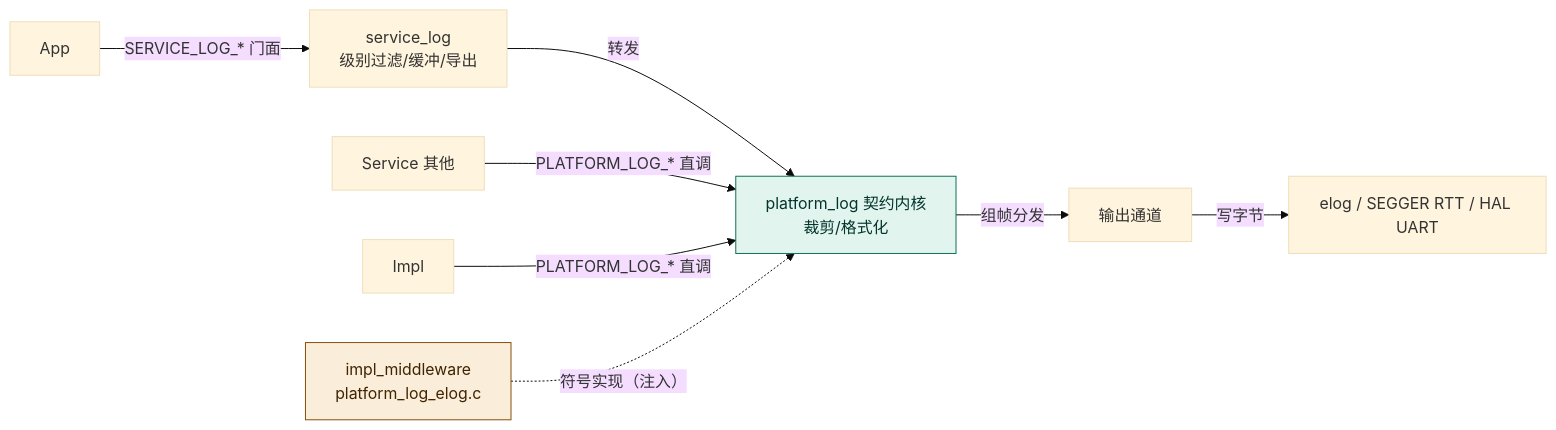
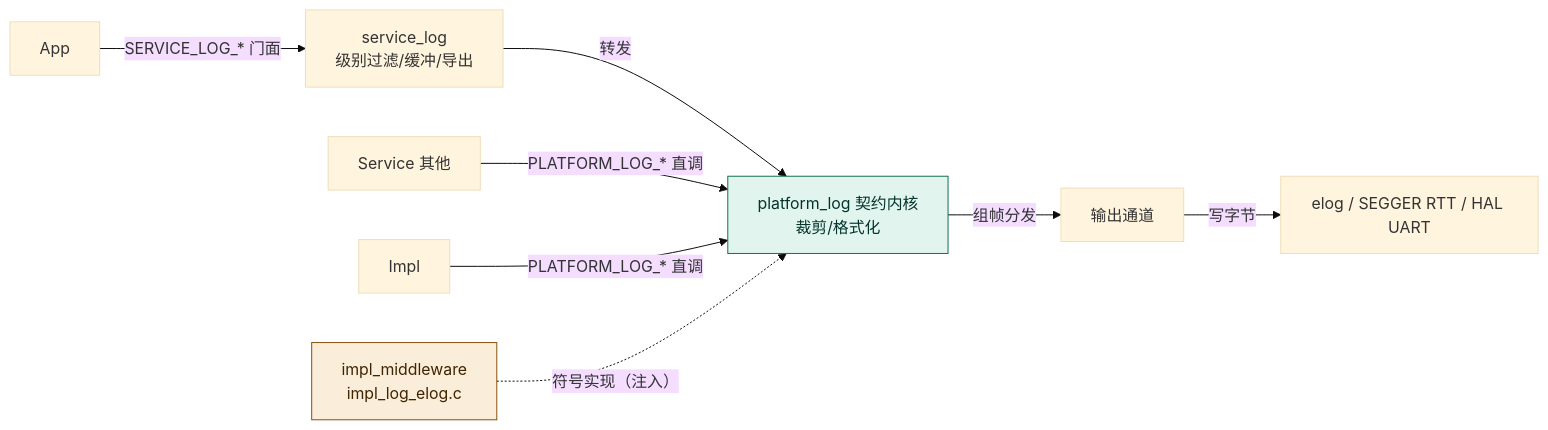
One commit to shuai-yemao/mcu-workbench changed the second of 4 diagrams in docs/architecture/log-diag-design-thinking.md. Above: the diagram before and after it, drawn with Mermaid (base theme). The commit also changed other lines of this file and 11 other files, not shown here.

````diff
--- a/docs/architecture/log-diag-design-thinking.md
+++ b/docs/architecture/log-diag-design-thinking.md
@@ -58,12 +58,12 @@
 ```mermaid
 flowchart LR
     App["App"] -->|"SERVICE_LOG_* 门面"| SL["service_log<br/>级别过滤/缓冲/导出"]
     SL -->|"转发"| PL["platform_log 契约内核<br/>裁剪/格式化"]
     OS["Service 其他"] -->|"PLATFORM_LOG_* 直调"| PL
     IM["Impl"] -->|"PLATFORM_LOG_* 直调"| PL
-    P1["impl_middleware<br/>platform_log_elog.c"] -.->|"符号实现（注入）"| PL
+    P1["impl_middleware<br/>impl_log_elog.c"] -.->|"符号实现（注入）"| PL
     PL -->|"组帧分发"| CH["输出通道"]
     CH -->|"写字节"| V["elog / SEGGER RTT / HAL UART"]
     style PL fill:#E1F5EE,stroke:#0F6E56,color:#04342C
     style P1 fill:#FAEEDA,stroke:#854F0B,color:#412402
 ```
````
